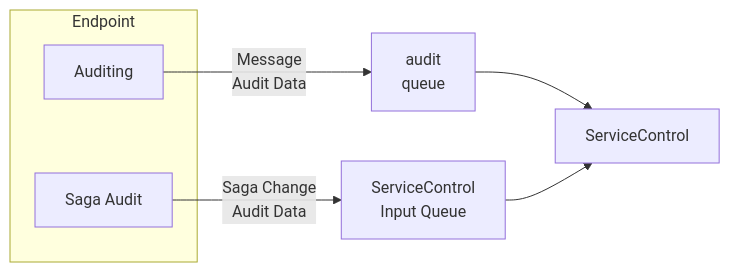
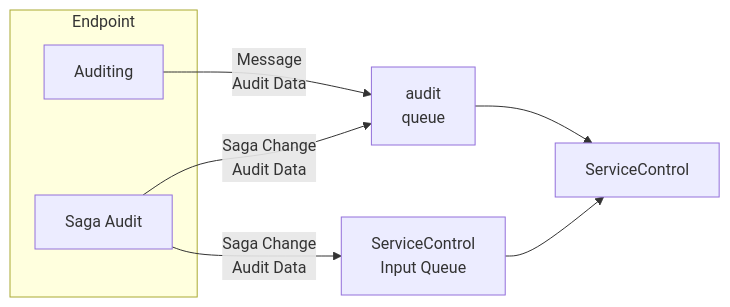
One commit to Particular/docs.particular.net changed the diagram in nservicebus/sagas/saga-audit.md. Above: the diagram before and after it, drawn with Mermaid. The commit also changed other lines of this file and 5 other files, not shown here.

Commit message:
Document saga audit support in audit instance

````diff
--- a/nservicebus/sagas/saga-audit.md
+++ b/nservicebus/sagas/saga-audit.md
@@ -29,15 +29,17 @@
 ```mermaid
 graph LR
 subgraph Endpoint
 Auditing
 SagaAudit[Saga Audit]
 end
 	
 SagaAudit -- Saga Change<br>Audit Data --> SCQ[ServiceControl<br>Input Queue]
+
+SagaAudit -- Saga Change<br>Audit Data --> AuditQ[audit<br>queue]
 	
 Auditing -- Message<br>Audit Data --> AuditQ[audit<br>queue]
 
 AuditQ --> ServiceControl
 	
 SCQ --> ServiceControl
 ```
````
